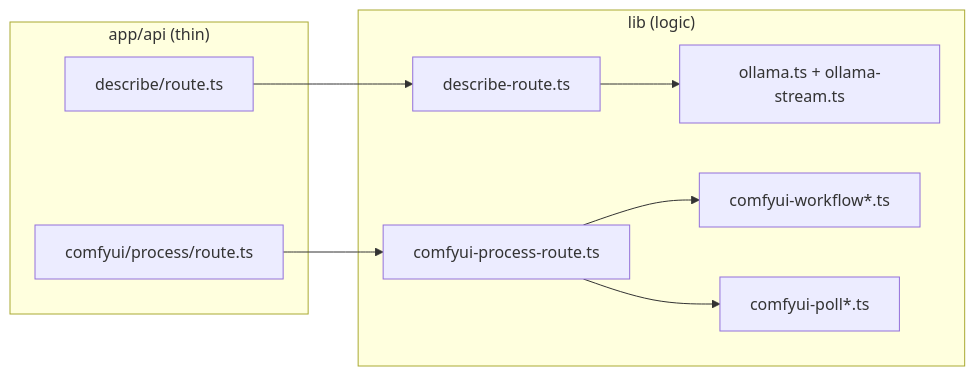
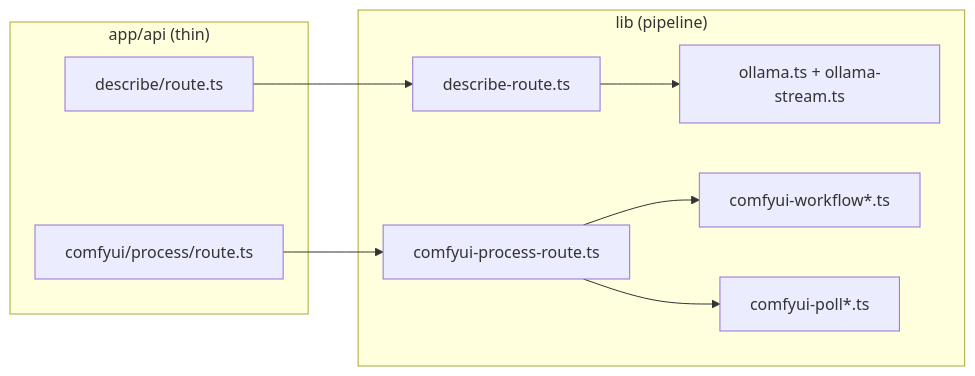
The second of 2 diagrams in docs/architecture.md (johnnaumann/anthroposcenic_001), drawn with Mermaid before and after one commit. The commit also changed other lines of this file and 2 other files, not shown here.

Commit message:
Update documentation to reflect changes in terminology from "business logic" to "pipeline" in README.md, architecture.md, and development.md, enhancing clarity on the project's structure and functionality.

````diff
--- a/docs/architecture.md
+++ b/docs/architecture.md
@@ -58,19 +58,19 @@
 ```mermaid
 flowchart LR
     subgraph routes["app/api (thin)"]
         DR["describe/route.ts"]
         PR["comfyui/process/route.ts"]
     end
 
-    subgraph lib["lib (logic)"]
+    subgraph lib["lib (pipeline)"]
         DRL["describe-route.ts"]
         PRL["comfyui-process-route.ts"]
         OLL["ollama.ts + ollama-stream.ts"]
         WF["comfyui-workflow*.ts"]
         POLL["comfyui-poll*.ts"]
     end
 
     DR --> DRL --> OLL
     PR --> PRL --> WF
     PRL --> POLL
 ```
````
